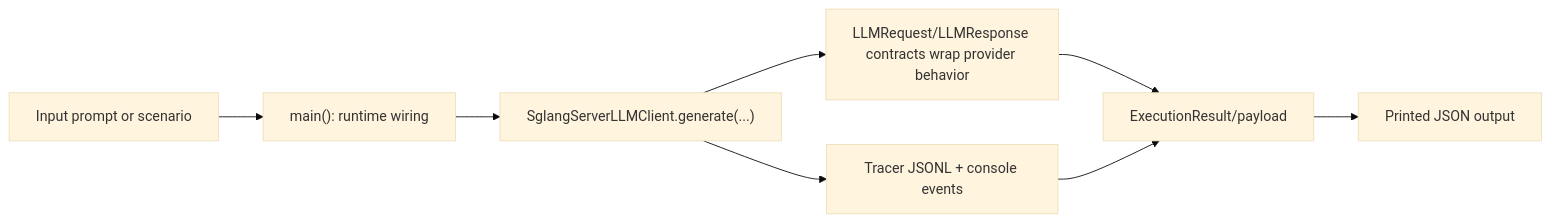
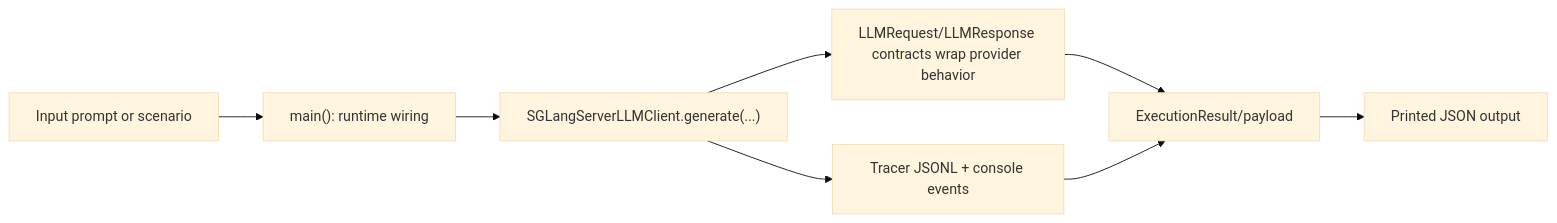
One commit to cmudrc/design-research-agents changed the diagram in docs/examples/clients/sglang_server_client.rst. Above: the diagram before and after it, drawn with Mermaid (base theme). The commit also changed other lines of this file and 87 other files, not shown here.

```diff
--- a/docs/examples/clients/sglang_server_client.rst
+++ b/docs/examples/clients/sglang_server_client.rst
@@ -22,10 +22,10 @@
 .. mermaid::
 
    flowchart LR
        A["Input prompt or scenario"] --> B["main(): runtime wiring"]
-       B --> C["SglangServerLLMClient.generate(...)"]
+       B --> C["SGLangServerLLMClient.generate(...)"]
        C --> D["LLMRequest/LLMResponse contracts wrap provider behavior"]
        C --> E["Tracer JSONL + console events"]
        D --> F["ExecutionResult/payload"]
        E --> F
        F --> G["Printed JSON output"]
```
